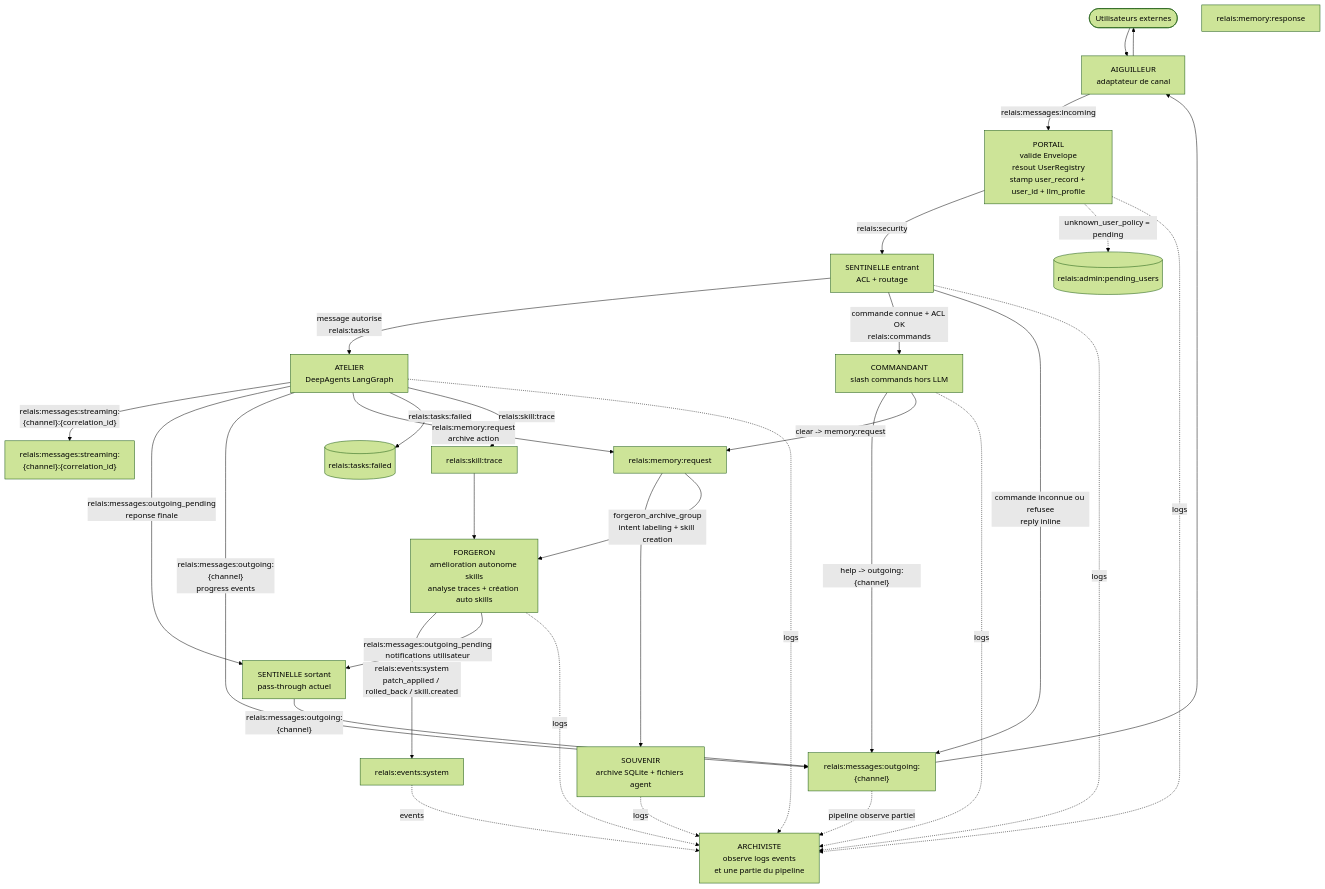
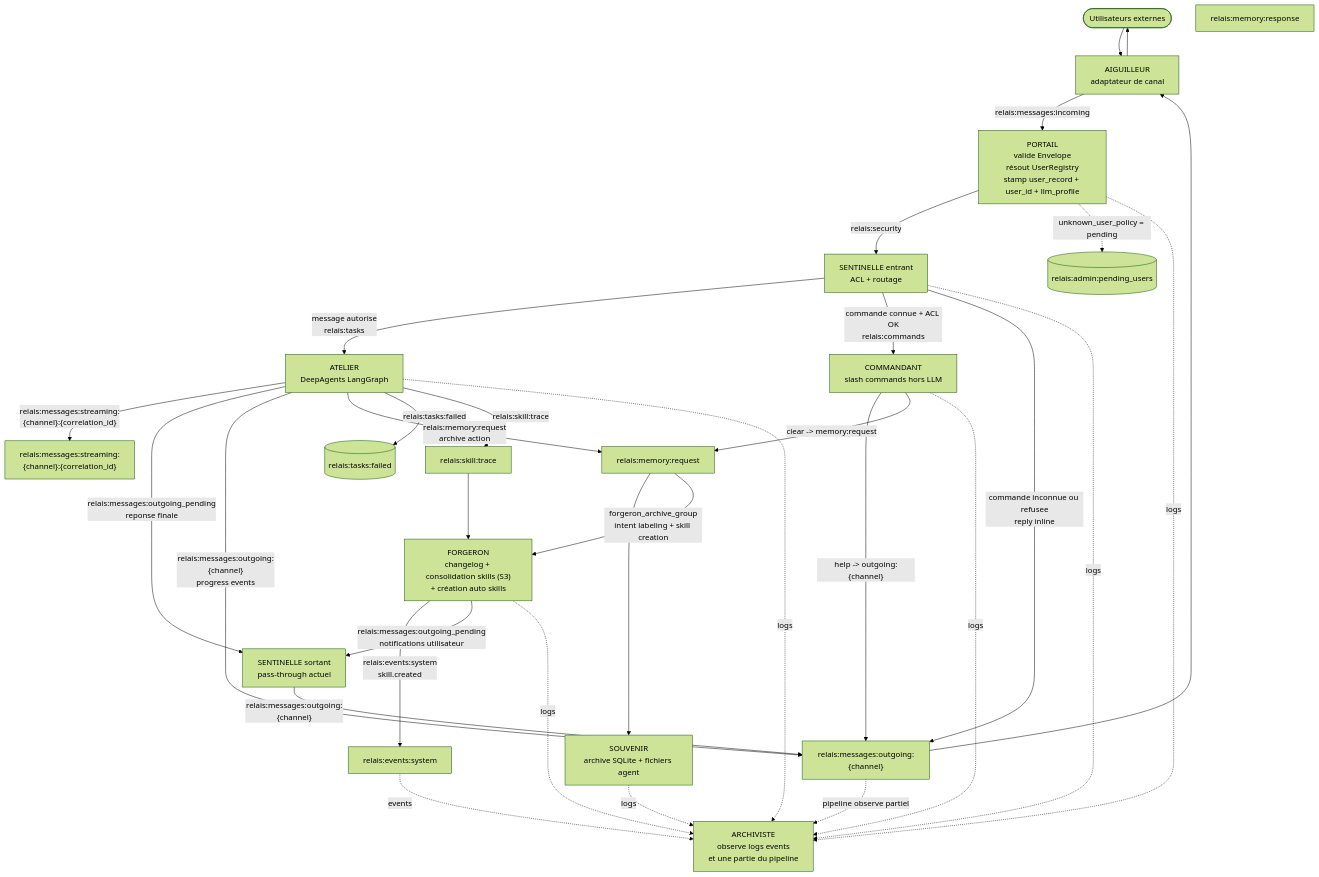
The diagram in README.md (cyberbobjr/relais), drawn with Mermaid (forest theme) before and after one commit. The commit also changed other lines of this file and 22 other files, not shown here.

First line of the commit message:
refactor(forgeron): replace SkillAnnotator with S3 changelog + consolidation

````diff
--- a/README.md
+++ b/README.md
@@ -28,60 +28,60 @@
 ```mermaid
 flowchart TD
     USERS([Utilisateurs externes])
   AIG["AIGUILLEUR<br/>adaptateur de canal"]
   PORTAIL["PORTAIL<br/>valide Envelope<br/>résout UserRegistry<br/>stamp user_record + user_id + llm_profile"]
     PENDING[(relais:admin:pending_users)]
   SENT_IN["SENTINELLE entrant<br/>ACL + routage"]
   ATELIER["ATELIER<br/>DeepAgents LangGraph"]
   COMMANDANT["COMMANDANT<br/>slash commands hors LLM"]
   SOUVENIR["SOUVENIR<br/>archive SQLite + fichiers agent"]
   SENT_OUT["SENTINELLE sortant<br/>pass-through actuel"]
     OUT["relais:messages:outgoing:{channel}"]
     STREAM["relais:messages:streaming:{channel}:{correlation_id}"]
     MEM_REQ[relais:memory:request]
     MEM_RES[relais:memory:response]
     DLQ[(relais:tasks:failed)]
     ARCHIVISTE["ARCHIVISTE<br/>observe logs events<br/>et une partie du pipeline"]
-    FORGERON["FORGERON<br/>amélioration autonome skills<br/>analyse traces + création auto skills"]
+    FORGERON["FORGERON<br/>changelog + consolidation skills (S3)<br/>+ création auto skills"]
     SKILL_TRACE[relais:skill:trace]
     EVENTS_SYS[relais:events:system]
 
     USERS --> AIG
     AIG -->|"relais:messages:incoming"| PORTAIL
 
     PORTAIL -->|"relais:security"| SENT_IN
     PORTAIL -.->|"unknown_user_policy = pending"| PENDING
 
     SENT_IN -->|"message autorise<br/>relais:tasks"| ATELIER
     SENT_IN -->|"commande connue + ACL OK<br/>relais:commands"| COMMANDANT
     SENT_IN -->|"commande inconnue ou refusee<br/>reply inline"| OUT
 
     ATELIER -->|"relais:messages:streaming:{channel}:{correlation_id}"| STREAM
     ATELIER -->|"relais:messages:outgoing_pending<br/>reponse finale"| SENT_OUT
     ATELIER -->|"relais:messages:outgoing:{channel}<br/>progress events"| OUT
     ATELIER -->|"relais:memory:request<br/>archive action"| MEM_REQ
     ATELIER -->|"relais:tasks:failed"| DLQ
 
     COMMANDANT -->|"help -> outgoing:{channel}"| OUT
     COMMANDANT -->|"clear -> memory:request"| MEM_REQ
     MEM_REQ --> SOUVENIR
 
     SENT_OUT -->|"relais:messages:outgoing:{channel}"| OUT
     OUT --> AIG
     AIG --> USERS
 
     ATELIER -->|"relais:skill:trace"| SKILL_TRACE
     SKILL_TRACE --> FORGERON
     MEM_REQ -->|"forgeron_archive_group<br/>intent labeling + skill creation"| FORGERON
-    FORGERON -->|"relais:events:system<br/>patch_applied / rolled_back / skill.created"| EVENTS_SYS
+    FORGERON -->|"relais:events:system<br/>skill.created"| EVENTS_SYS
     FORGERON -->|"relais:messages:outgoing_pending<br/>notifications utilisateur"| SENT_OUT
 
     PORTAIL -. logs .-> ARCHIVISTE
     SENT_IN -. logs .-> ARCHIVISTE
     ATELIER -. logs .-> ARCHIVISTE
     COMMANDANT -. logs .-> ARCHIVISTE
     SOUVENIR -. logs .-> ARCHIVISTE
     FORGERON -. logs .-> ARCHIVISTE
     OUT -. pipeline observe partiel .-> ARCHIVISTE
     EVENTS_SYS -. events .-> ARCHIVISTE
 ```
````
